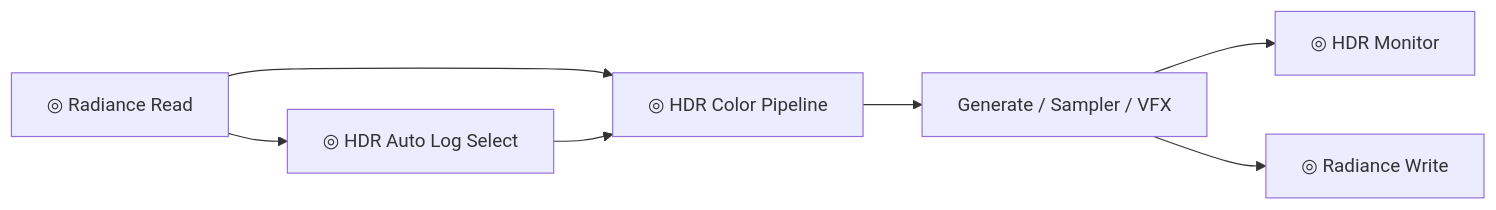
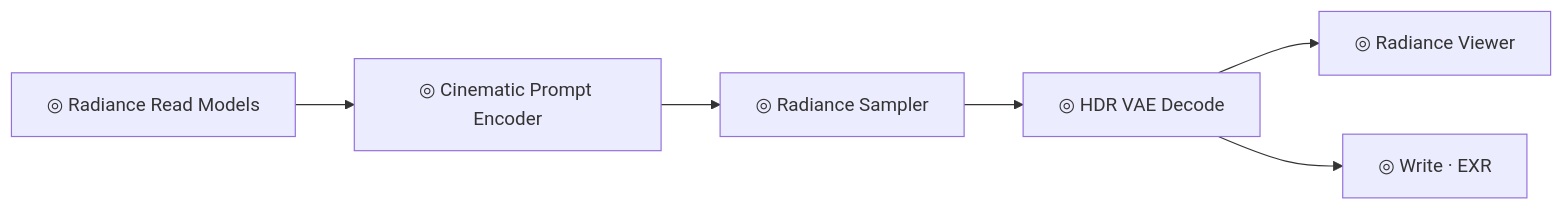
The second of 3 diagrams in docs/quickstart.md (fxtdstudios/radiance-beta), drawn with Mermaid before and after one commit. The commit also changed other lines of this file and 23 other files, not shown here.

````diff
--- a/docs/quickstart.md
+++ b/docs/quickstart.md
@@ -51,9 +125,8 @@
 ```mermaid
 flowchart LR
-    A["◎ Radiance Read"] --> B["◎ HDR Auto Log Select"]
-    A --> C["◎ HDR Color Pipeline"]
-    B --> C
-    C --> D["Generate / Sampler / VFX"]
-    D --> E["◎ HDR Monitor"]
-    D --> F["◎ Radiance Write"]
+    A["◎ Radiance Read Models"] --> B["◎ Cinematic Prompt Encoder"]
+    B --> C["◎ Radiance Sampler"]
+    C --> D["◎ HDR VAE Decode"]
+    D --> E["◎ Radiance Viewer"]
+    D --> F["◎ Write · EXR"]
 ```
````
